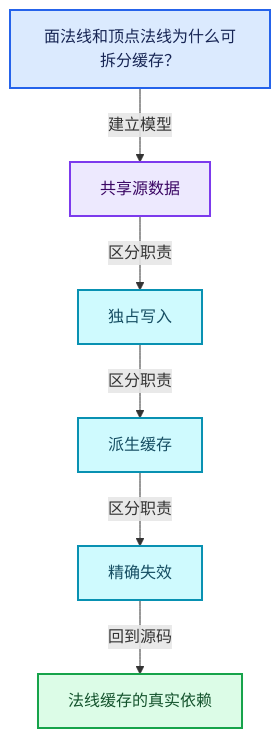
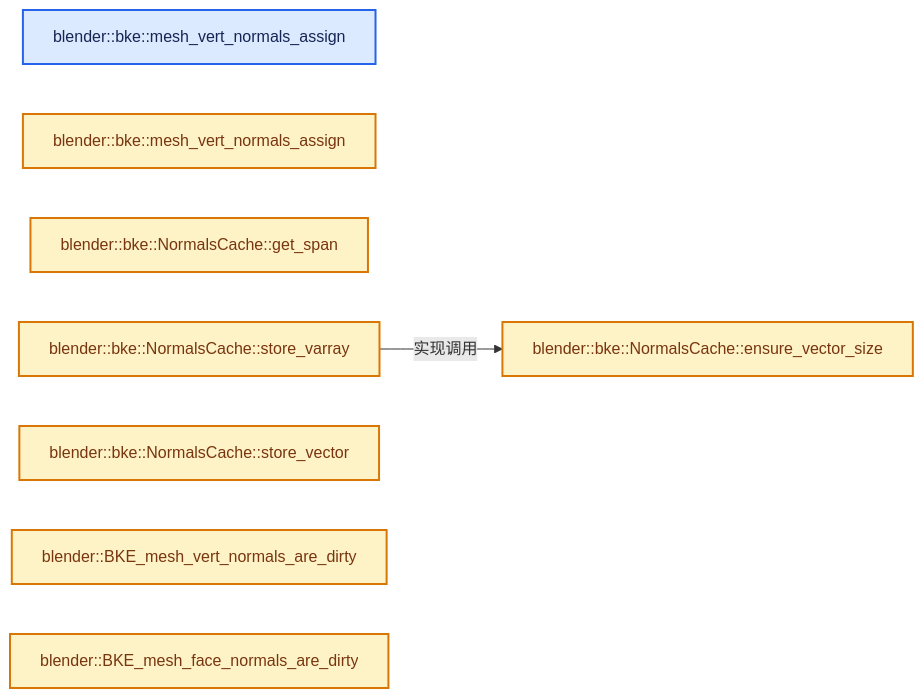
The second of 4 diagrams in 杂/markdown/全面学习-codex/06-隐式共享与缓存系统/08-法线缓存的真实依赖.md (yunkezengren/blender-.vscode), drawn with Mermaid before and after one commit. The commit also changed other lines of this file and 1930 other files, not shown here.

````diff
--- a/杂/markdown/全面学习-codex/06-隐式共享与缓存系统/08-法线缓存的真实依赖.md
+++ b/杂/markdown/全面学习-codex/06-隐式共享与缓存系统/08-法线缓存的真实依赖.md
@@ -60,20 +46,18 @@
 ```mermaid
-flowchart TB
-  Q["面法线和顶点法线为什么可拆分缓存？"]:::input
-  C0["共享源数据"]:::abstraction
-  C1["独占写入"]:::data
-  C2["派生缓存"]:::data
-  C3["精确失效"]:::data
-  R["法线缓存的真实依赖"]:::result
-  Q -->|"建立模型"| C0
-  C0 -->|"区分职责"| C1
-  C1 -->|"区分职责"| C2
-  C2 -->|"区分职责"| C3
-  C3 -->|"回到源码"| R
+flowchart LR
+  F0["blender::bke::mesh_vert_normals_assign"]:::input
+  F1["blender::bke::mesh_vert_normals_assign"]:::compute
+  F2["blender::bke::NormalsCache::ensure_vector_size"]:::compute
+  F3["blender::bke::NormalsCache::get_span"]:::compute
+  F4["blender::bke::NormalsCache::store_varray"]:::compute
+  F5["blender::bke::NormalsCache::store_vector"]:::compute
+  F6["blender::BKE_mesh_vert_normals_are_dirty"]:::compute
+  F7["blender::BKE_mesh_face_normals_are_dirty"]:::compute
+  F4 -->|"实现调用"| F2
   classDef input fill:#DBEAFE,stroke:#2563EB,color:#172554,stroke-width:2px;
   classDef data fill:#CFFAFE,stroke:#0891B2,color:#164E63,stroke-width:2px;
   classDef abstraction fill:#EDE9FE,stroke:#7C3AED,color:#3B0764,stroke-width:2px;
   classDef compute fill:#FEF3C7,stroke:#D97706,color:#78350F,stroke-width:2px;
   classDef result fill:#DCFCE7,stroke:#16A34A,color:#14532D,stroke-width:2px;
   classDef error fill:#FEE2E2,stroke:#DC2626,color:#7F1D1D,stroke-width:2px;
 ```
````
